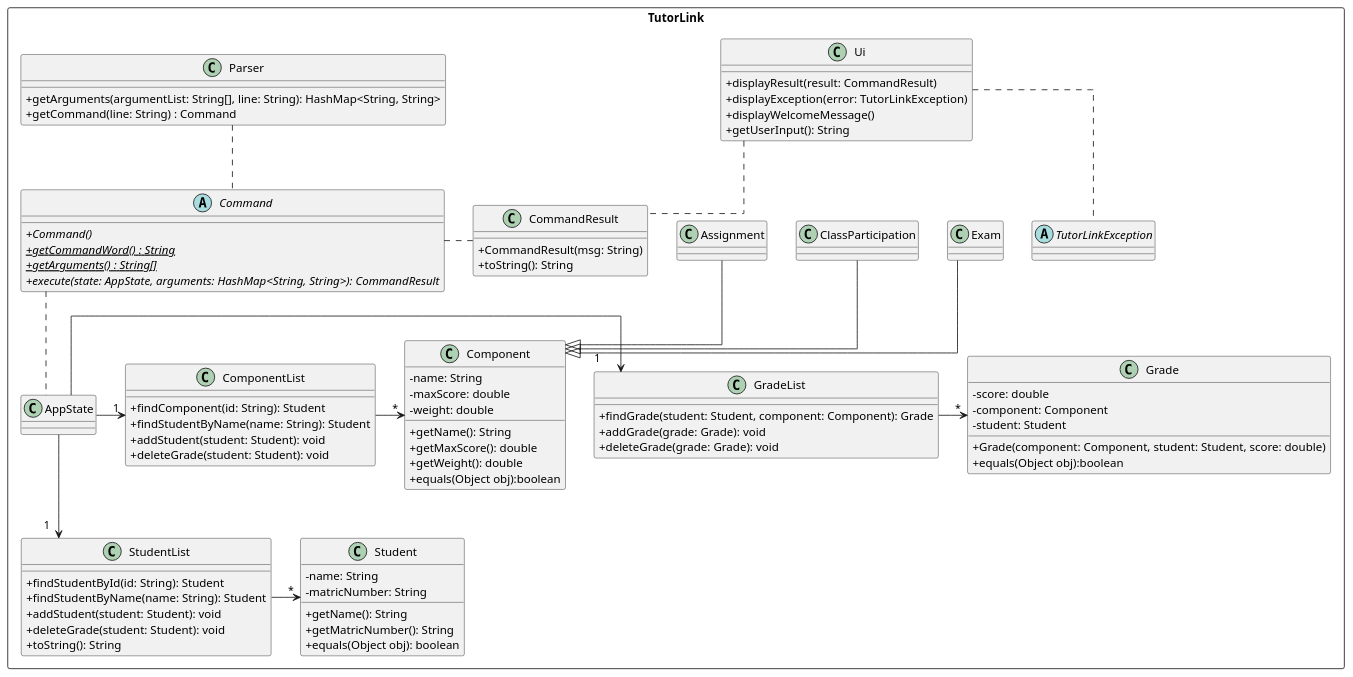
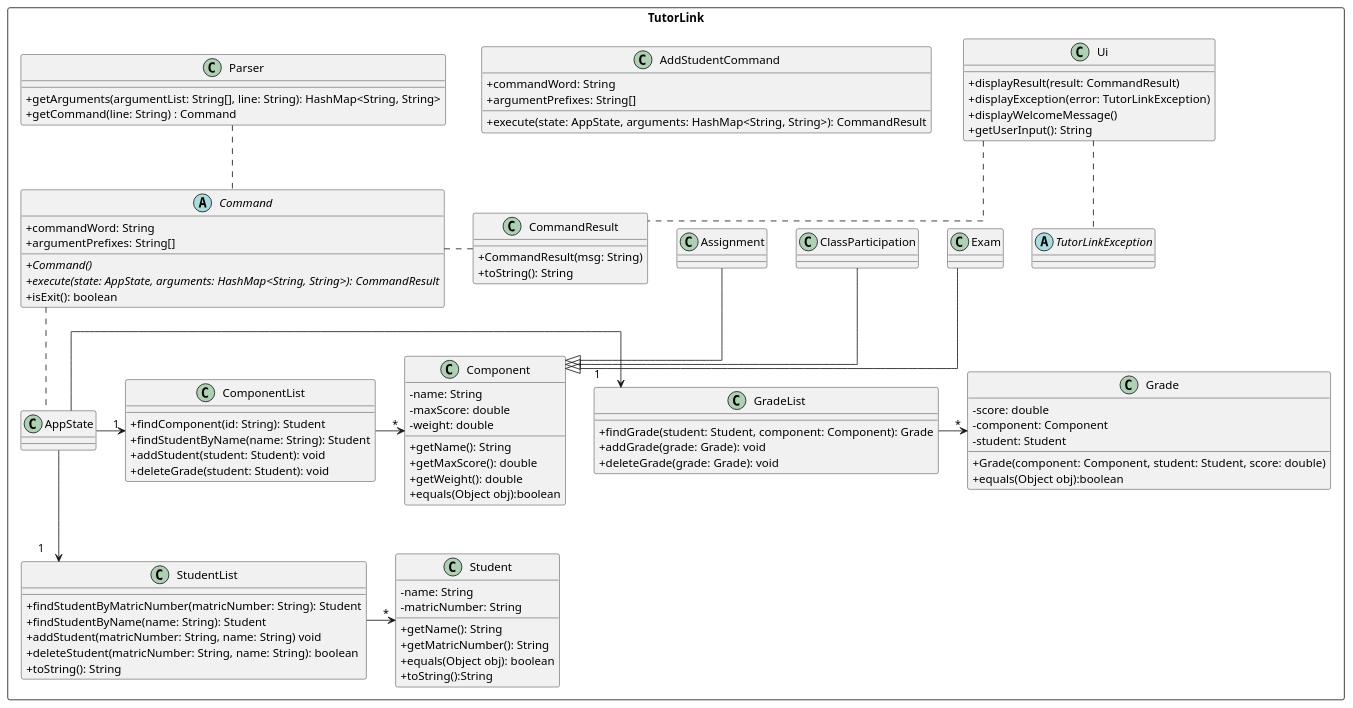
Before and after one commit to yeekian/tp: the diagram in docs/diagrams/Assets.puml, drawn with PlantUML.

Commit message:
Modify UML diagram

```diff
--- a/docs/diagrams/Assets.puml
+++ b/docs/diagrams/Assets.puml
@@ -1,114 +1,121 @@
 @startuml App Diagram
 
 'https://plantuml.com/class-diagram
 ' !include Style.puml
 skinparam classAttributeIconSize 0
 skinparam classMethodIconSize 0
 skinparam linetype ortho
 
 package TutorLink <<Rectangle>>{
 
 class CommandResult {
     + CommandResult(msg: String)
     + toString(): String
 }
 
 class Ui {
     + displayResult(result: CommandResult)
     + displayException(error: TutorLinkException)
     + displayWelcomeMessage()
     + getUserInput(): String
 }
 
 Ui .. CommandResult
 
 Ui .. TutorLinkException
 
 abstract class TutorLinkException
 
 abstract class Command {
+    + commandWord: String
+    + argumentPrefixes: String[]
     + Command() {abstract}
-    + {abstract}{static} getCommandWord() : String
-    + {abstract}{static} getArguments() : String[]
     + execute(state: AppState, arguments: HashMap<String, String>): CommandResult {abstract}
+    + isExit(): boolean
+}
+
+class AddStudentCommand{
+    +commandWord: String
+    +argumentPrefixes: String[]
+    +execute(state: AppState, arguments: HashMap<String, String>): CommandResult
 }
 
 Command ..right.. CommandResult
 
 
 class Component {
     -name: String
     -maxScore: double
     -weight: double
     +getName(): String
     +getMaxScore(): double
     +getWeight(): double
     +equals(Object obj):boolean
 }
 class Exam
 class ClassParticipation
 class Assignment
 
 Exam --|> Component
 ClassParticipation --|> Component
 Assignment --|> Component
 
 
 class Student{
     -name: String
     -matricNumber: String
     +getName(): String
     +getMatricNumber(): String
     +equals(Object obj): boolean
+    +toString():String
 }
-
 
 class Grade{
     -score: double
     -component: Component
     -student: Student
     +Grade(component: Component, student: Student, score: double)
     +equals(Object obj):boolean
 }
 
 
 class AppState
 class GradeList{
     + findGrade(student: Student, component: Component): Grade
     + addGrade(grade: Grade): void
     + deleteGrade(grade: Grade): void
 }
 class StudentList {
-    + findStudentById(id: String): Student
+    + findStudentByMatricNumber(matricNumber: String): Student
     + findStudentByName(name: String): Student
-    + addStudent(student: Student): void
-    + deleteGrade(student: Student): void
+    + addStudent(matricNumber: String, name: String) void
+    + deleteStudent(matricNumber: String, name: String): boolean
     + toString(): String
 }
 class ComponentList {
     + findComponent(id: String): Student
     + findStudentByName(name: String): Student
     + addStudent(student: Student): void
     + deleteGrade(student: Student): void
 }
 
 AppState -> "1" GradeList
 AppState --> "1" StudentList
 AppState -> "1" ComponentList
 
 GradeList -> "*" Grade
 ComponentList -> "*" Component
 StudentList -> "*" Student
 
 Command .. AppState
 
 class Parser {
     + getArguments(argumentList: String[], line: String): HashMap<String, String>
     + getCommand(line: String) : Command
 }
 
 Parser .. Command
 
 }
 
 @enduml
```
